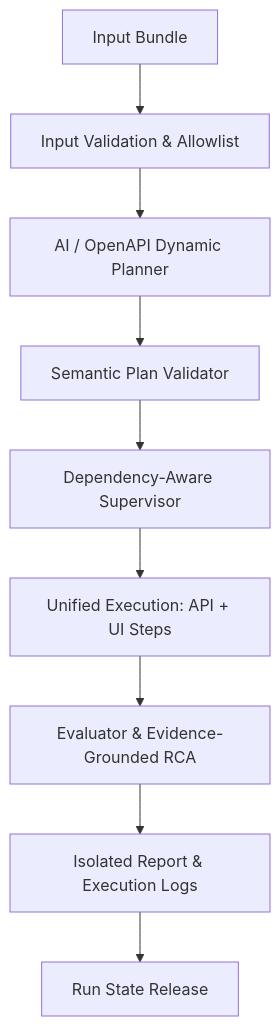
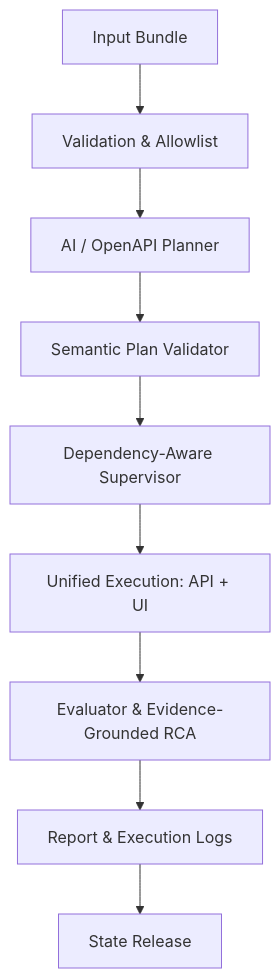
The diagram in README.md (Sarthak702-droid/SpecNetra-AI), drawn with Mermaid before and after one commit. The commit also changed other lines of this file and 9 other files, not shown here.

````diff
--- a/README.md
+++ b/README.md
@@ -86,11 +89,11 @@
 ```mermaid
 flowchart TD
-    I[Input Bundle] --> V[Input Validation & Allowlist]
-    V --> P[AI / OpenAPI Dynamic Planner]
-    P --> SV[Semantic Plan Validator]
-    SV --> S[Dependency-Aware Supervisor]
-    S --> E[Unified Execution: API + UI Steps]
-    E --> EV[Evaluator & Evidence-Grounded RCA]
-    EV --> R[Isolated Report & Execution Logs]
-    R --> C[Run State Release]
+    I["Input Bundle"] --> V["Validation & Allowlist"]
+    V --> P["AI / OpenAPI Planner"]
+    P --> SV["Semantic Plan Validator"]
+    SV --> S["Dependency-Aware Supervisor"]
+    S --> E["Unified Execution: API + UI"]
+    E --> EV["Evaluator & Evidence-Grounded RCA"]
+    EV --> R["Report & Execution Logs"]
+    R --> C["State Release"]
 ```
````
